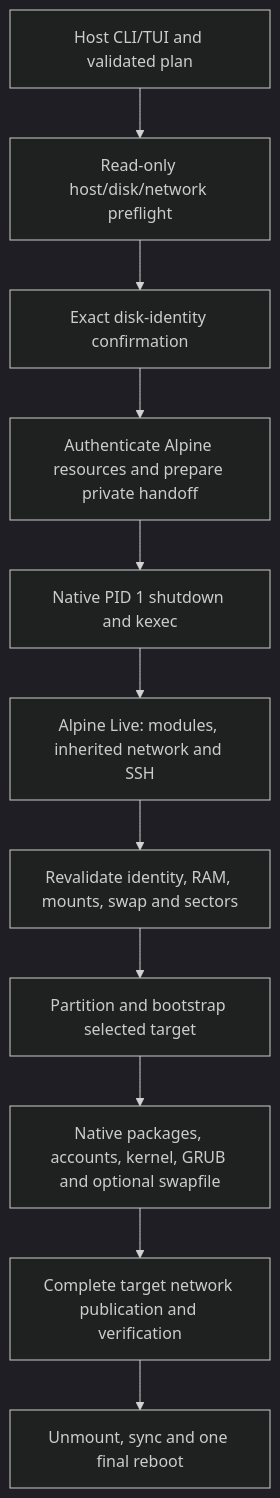
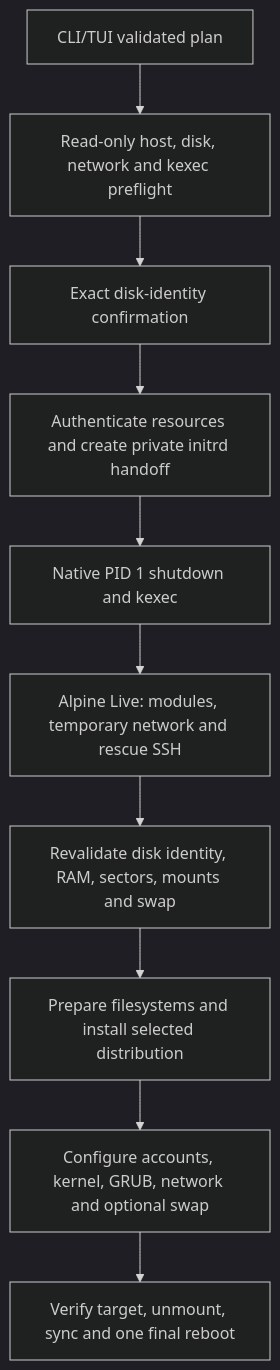
Before and after one commit to Clementine-Miles/rustaller: the diagram in docs/ARCHITECTURE.md, drawn with Mermaid (dark theme). The commit also changed other lines of this file and 122 other files, not shown here.

Commit message:
Consolidate Rust installer and validate inherited network policy

````diff
--- a/docs/ARCHITECTURE.md
+++ b/docs/ARCHITECTURE.md
@@ -32,13 +28,12 @@
 ```mermaid
 flowchart TD
-    A[Host CLI/TUI and validated plan] --> B[Read-only host/disk/network preflight]
+    A[CLI/TUI validated plan] --> B[Read-only host, disk, network and kexec preflight]
     B --> C[Exact disk-identity confirmation]
-    C --> D[Authenticate Alpine resources and prepare private handoff]
+    C --> D[Authenticate resources and create private initrd handoff]
     D --> E[Native PID 1 shutdown and kexec]
-    E --> F[Alpine Live: modules, inherited network and SSH]
-    F --> G[Revalidate identity, RAM, mounts, swap and sectors]
-    G --> H[Partition and bootstrap selected target]
-    H --> I[Native packages, accounts, kernel, GRUB and optional swapfile]
-    I --> J[Complete target network publication and verification]
-    J --> K[Unmount, sync and one final reboot]
+    E --> F[Alpine Live: modules, temporary network and rescue SSH]
+    F --> G[Revalidate disk identity, RAM, sectors, mounts and swap]
+    G --> H[Prepare filesystems and install selected distribution]
+    H --> I[Configure accounts, kernel, GRUB, network and optional swap]
+    I --> J[Verify target, unmount, sync and one final reboot]
 ```
````
